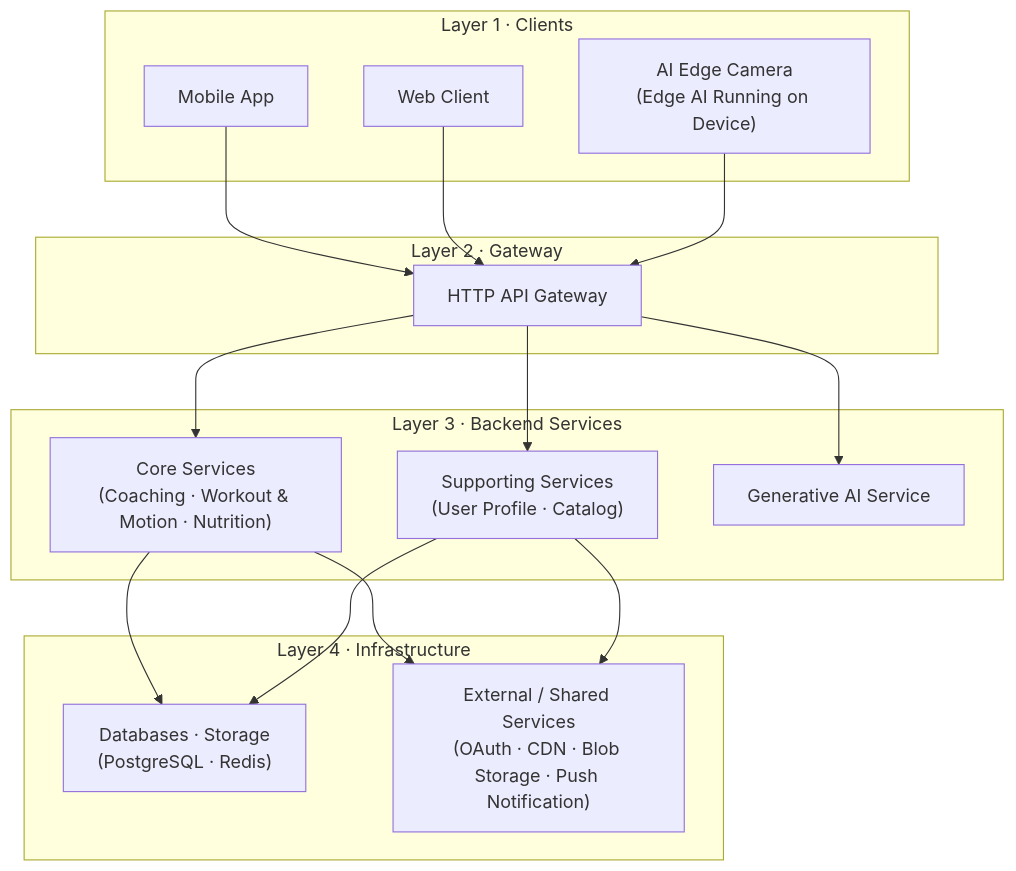
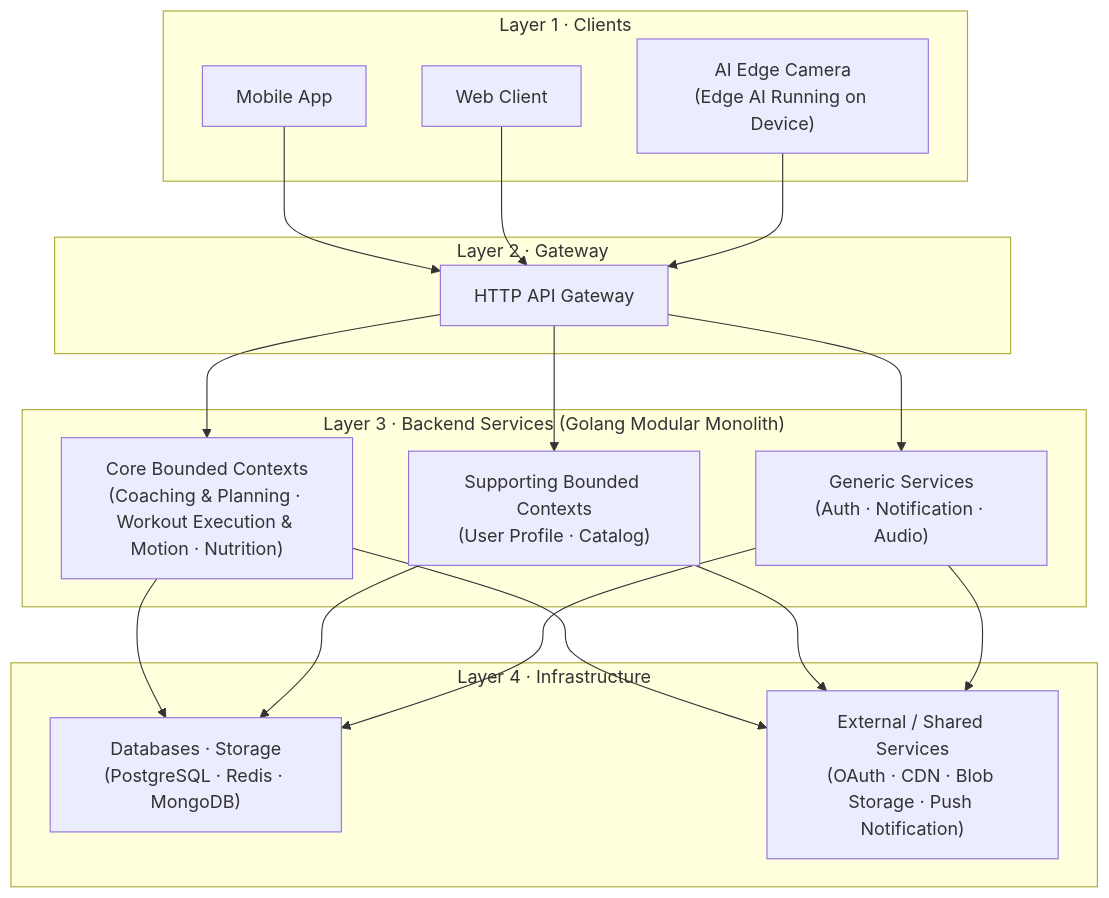
The diagram in docs/01_architecture.md (viethung213/gym-companion), drawn with Mermaid before and after one commit. The commit also changed other lines of this file, not shown here.

Commit message:
:memo: docs(architecture): synchronize architecture with bounded contexts and folders

````diff
--- a/docs/01_architecture.md
+++ b/docs/01_architecture.md
@@ -15,37 +17,39 @@
 ```mermaid
 graph TB
     subgraph "Layer 1 · Clients"
         Mobile["Mobile App"]
         Web["Web Client"]
         Edge["AI Edge Camera<br/>(Edge AI Running on Device)"]
     end
 
     subgraph "Layer 2 · Gateway"
         GW["HTTP API Gateway"]
     end
 
-    subgraph "Layer 3 · Backend Services"
-        Core["Core Services<br/>(Coaching · Workout & Motion · Nutrition)"]
-        Support["Supporting Services<br/>(User Profile · Catalog)"]
-        GenAI["Generative AI Service"]
+    subgraph "Layer 3 · Backend Services (Golang Modular Monolith)"
+        Core["Core Bounded Contexts<br/>(Coaching & Planning · Workout Execution & Motion · Nutrition)"]
+        Support["Supporting Bounded Contexts<br/>(User Profile · Catalog)"]
+        Generic["Generic Services<br/>(Auth · Notification · Audio)"]
     end
 
     subgraph "Layer 4 · Infrastructure"
-        DB["Databases · Storage<br/>(PostgreSQL · Redis)"]
+        DB["Databases · Storage<br/>(PostgreSQL · Redis · MongoDB)"]
         Ext["External / Shared Services<br/>(OAuth · CDN · Blob Storage · Push Notification)"]
     end
 
     Mobile --> GW
     Web --> GW
     Edge --> GW
 
     GW --> Core
     GW --> Support
-    GW --> GenAI
+    GW --> Generic
 
     Core --> DB
     Support --> DB
+    Generic --> DB
     
     Core --> Ext
     Support --> Ext
+    Generic --> Ext
 ```
````
